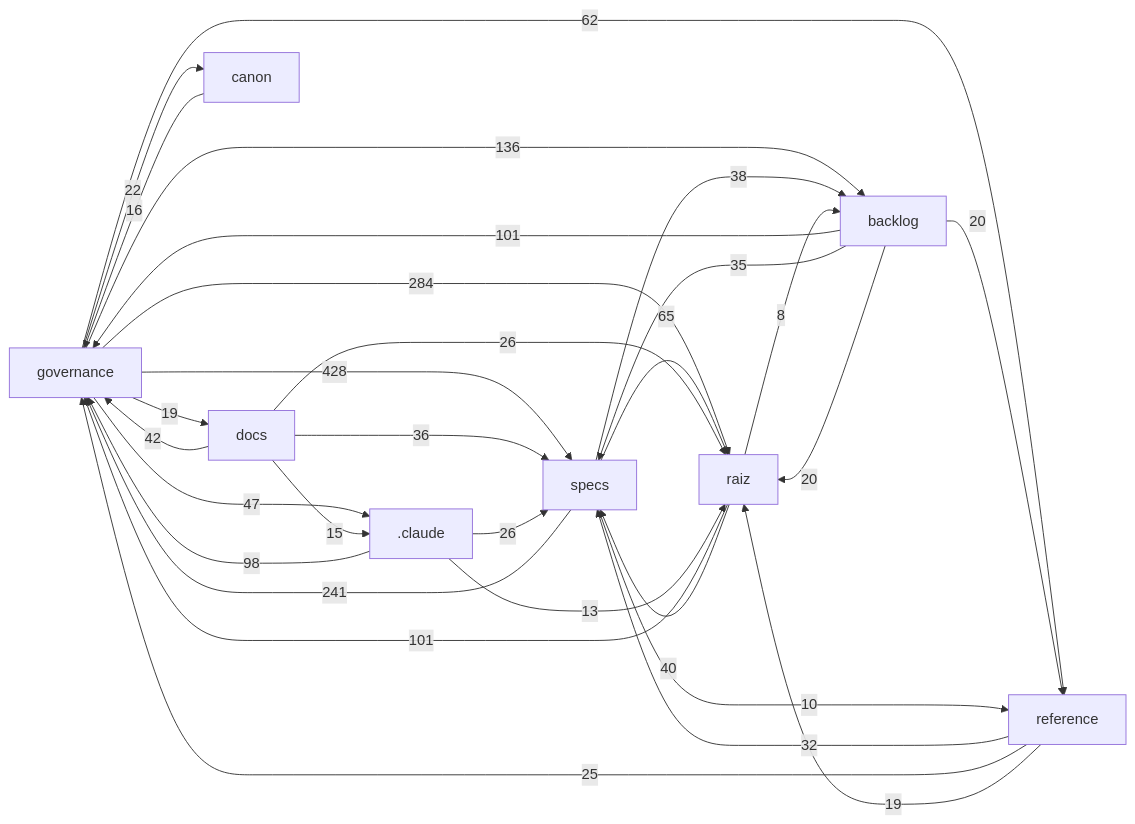
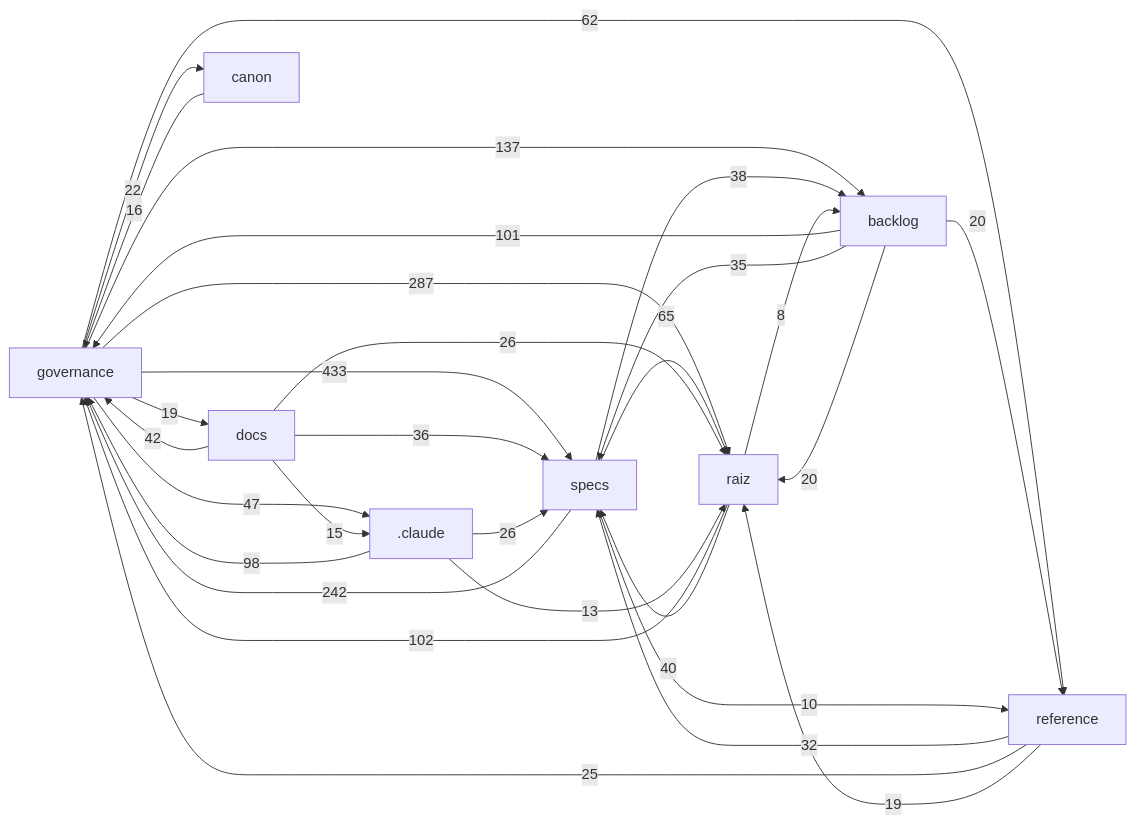
The diagram in docs/mapa/MAPA-PROJETO.md (Andraus35/Sistema-Operacional-de-Trading--SOT), drawn with Mermaid before and after one commit. The commit also changed other lines of this file and 5 other files, not shown here.

First line of the commit message:
DHR-SPEC006-001: abertura da SPEC-006 (Cognitive Knowledge Graph) HOMOLOGADA; H-001 segue aberta; Plan pendente

````diff
--- a/docs/mapa/MAPA-PROJETO.md
+++ b/docs/mapa/MAPA-PROJETO.md
@@ -29,32 +29,32 @@
 ```mermaid
 flowchart LR
-  governance["governance"] -->|428| specs["specs"]
-  governance["governance"] -->|284| raiz["raiz"]
-  specs["specs"] -->|241| governance["governance"]
-  governance["governance"] -->|136| backlog["backlog"]
-  raiz["raiz"] -->|101| governance["governance"]
+  governance["governance"] -->|433| specs["specs"]
+  governance["governance"] -->|287| raiz["raiz"]
+  specs["specs"] -->|242| governance["governance"]
+  governance["governance"] -->|137| backlog["backlog"]
+  raiz["raiz"] -->|102| governance["governance"]
   backlog["backlog"] -->|101| governance["governance"]
   _claude[".claude"] -->|98| governance["governance"]
   specs["specs"] -->|65| raiz["raiz"]
   governance["governance"] -->|62| reference["reference"]
   governance["governance"] -->|47| _claude[".claude"]
   docs["docs"] -->|42| governance["governance"]
   raiz["raiz"] -->|40| specs["specs"]
   specs["specs"] -->|38| backlog["backlog"]
   docs["docs"] -->|36| specs["specs"]
   backlog["backlog"] -->|35| specs["specs"]
   reference["reference"] -->|32| specs["specs"]
   _claude[".claude"] -->|26| specs["specs"]
   docs["docs"] -->|26| raiz["raiz"]
   reference["reference"] -->|25| governance["governance"]
   governance["governance"] -->|22| canon["canon"]
   backlog["backlog"] -->|20| raiz["raiz"]
   backlog["backlog"] -->|20| reference["reference"]
   governance["governance"] -->|19| docs["docs"]
   reference["reference"] -->|19| raiz["raiz"]
   canon["canon"] -->|16| governance["governance"]
   docs["docs"] -->|15| _claude[".claude"]
   _claude[".claude"] -->|13| raiz["raiz"]
   specs["specs"] -->|10| reference["reference"]
   raiz["raiz"] -->|8| backlog["backlog"]
 ```
````
